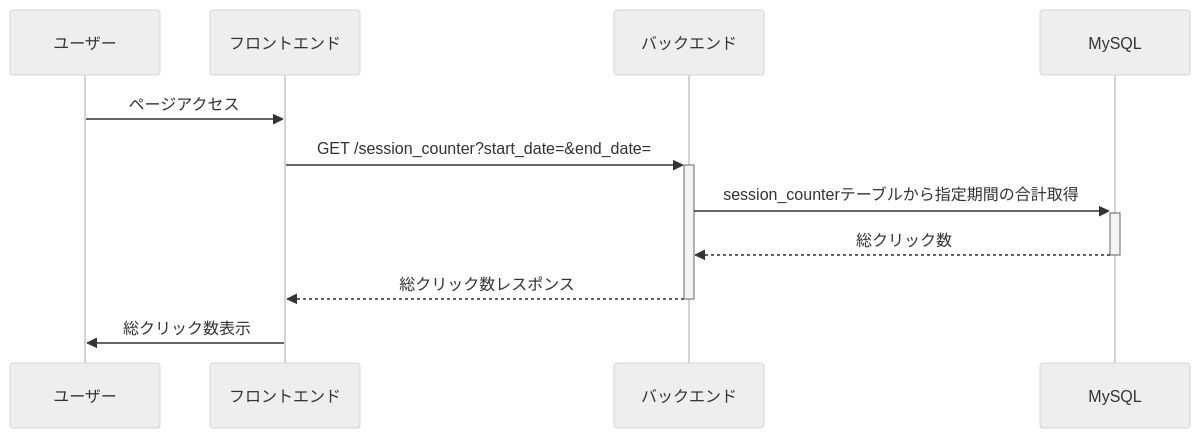
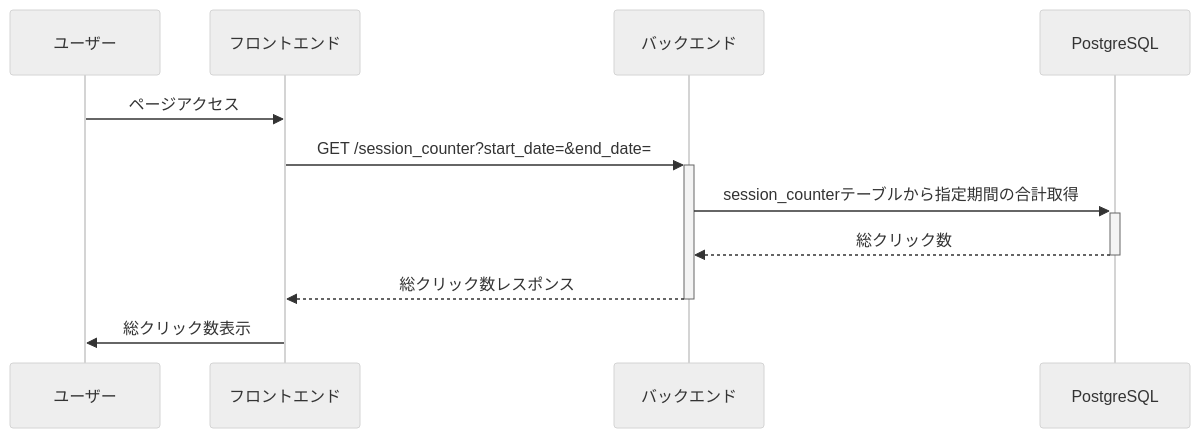
Before and after one commit to playpark-llc/kazoeru-kun: the second of 5 diagrams in README.md, drawn with Mermaid (neutral theme). The commit also changed other lines of this file and 1 other file, not shown here.

First line of the commit message:
docs: Update README.md and CLAUDE.md for PostgreSQL migration

````diff
--- a/README.md
+++ b/README.md
@@ -120,14 +123,14 @@
 ```mermaid
 sequenceDiagram
     participant User as ユーザー
     participant Frontend as フロントエンド
     participant Backend as バックエンド
-    participant MySQL as MySQL
+    participant PostgreSQL as PostgreSQL
 
     User->>Frontend: ページアクセス
     Frontend->>+Backend: GET /session_counter?start_date=&end_date=
-    Backend->>+MySQL: session_counterテーブルから指定期間の合計取得
-    MySQL-->>-Backend: 総クリック数
+    Backend->>+PostgreSQL: session_counterテーブルから指定期間の合計取得
+    PostgreSQL-->>-Backend: 総クリック数
     Backend-->>-Frontend: 総クリック数レスポンス
     Frontend->>User: 総クリック数表示
 ```
````
